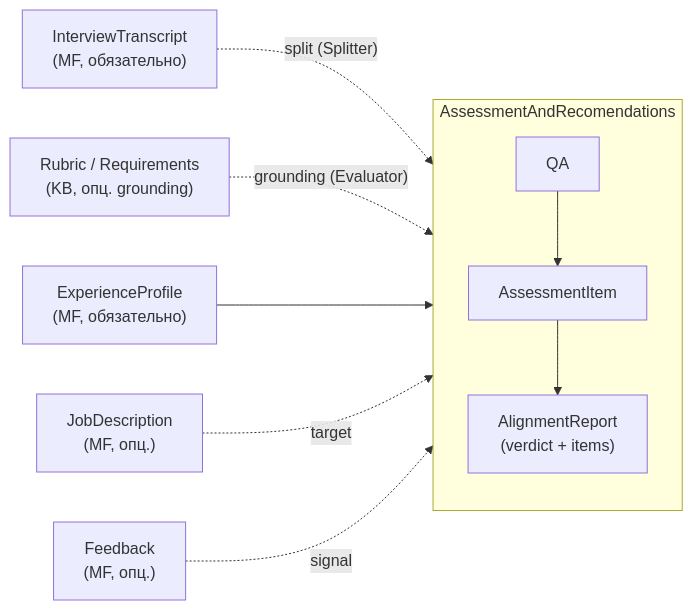
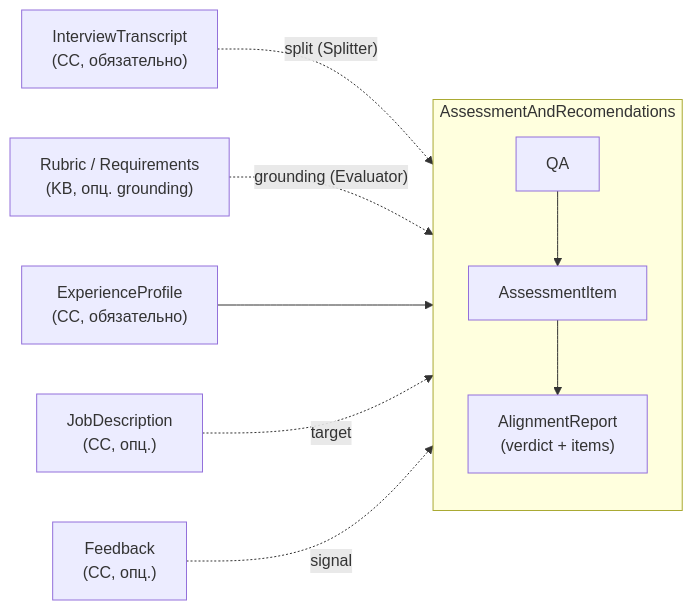
Before and after one commit to margomrkv/interview-debrief-assistant: the fourth of 5 diagrams in md/spec.md, drawn with Mermaid. The commit also changed other lines of this file and 1 other file, not shown here.

````diff
--- a/md/spec.md
+++ b/md/spec.md
@@ -316,25 +316,25 @@
 ```mermaid
 flowchart LR
     %% Входы (запрашиваются AR'ом)
-    MF_T["InterviewTranscript<br/>(MF, обязательно)"]
-    MF_J["JobDescription<br/>(MF, опц.)"]
-    MF_P["ExperienceProfile<br/>(MF, обязательно)"]
-    MF_F["Feedback<br/>(MF, опц.)"]
+    CC_T["InterviewTranscript<br/>(CC, обязательно)"]
+    CC_J["JobDescription<br/>(CC, опц.)"]
+    CC_P["ExperienceProfile<br/>(CC, обязательно)"]
+    CC_F["Feedback<br/>(CC, опц.)"]
     KB_R["Rubric / Requirements<br/>(KB, опц. grounding)"]
 
     %% Rollup-чейн внутри AR
     subgraph AR["AssessmentAndRecomendations"]
         direction TB
         QA["QA"]
         AI["AssessmentItem"]
         REP["AlignmentReport<br/>(verdict + items)"]
         QA --> AI
         AI --> REP
     end
 
-    MF_T -. "split (Splitter)" .-> QA
+    CC_T -. "split (Splitter)" .-> QA
     KB_R -. "grounding (Evaluator)" .-> AI
-    MF_P --> REP
-    MF_J -. "target" .-> REP
-    MF_F -. "signal" .-> REP
+    CC_P --> REP
+    CC_J -. "target" .-> REP
+    CC_F -. "signal" .-> REP
 ```
````
